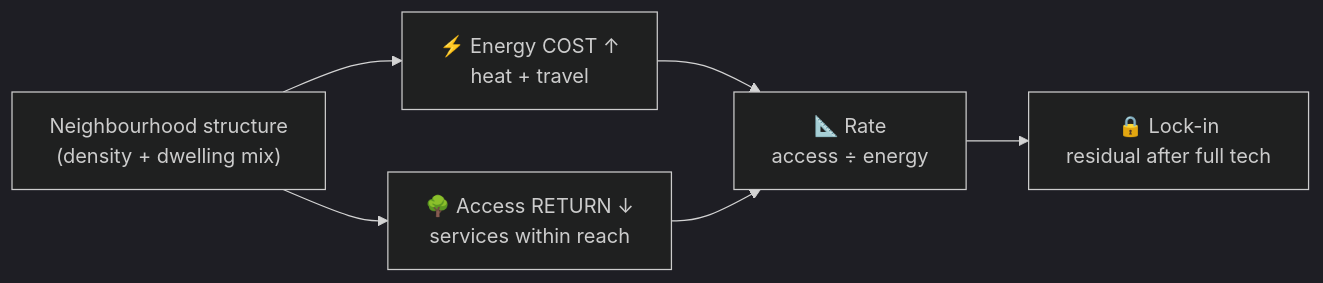
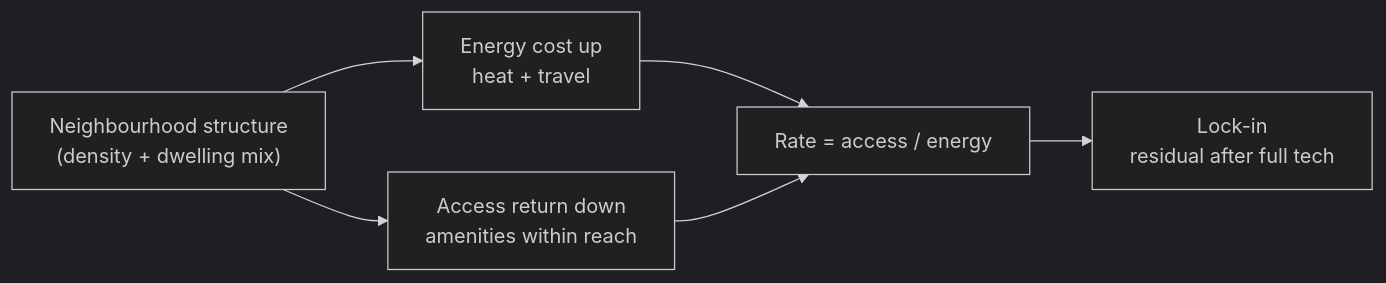
The diagram in paper/argument.md (UCL/urban-energy), drawn with Mermaid (dark theme) before and after one commit. The commit also changed other lines of this file and 12 other files, not shown here.

````diff
--- a/paper/argument.md
+++ b/paper/argument.md
@@ -49,11 +37,11 @@
 ```mermaid
 flowchart LR
   S["Neighbourhood structure<br/>(density + dwelling mix)"]
-  C["⚡ Energy COST ↑<br/>heat + travel"]
-  R["🌳 Access RETURN ↓<br/>services within reach"]
-  Rate["📐 Rate<br/>access ÷ energy"]
-  Lock["🔒 Lock-in<br/>residual after full tech"]
+  C["Energy cost up<br/>heat + travel"]
+  R["Access return down<br/>amenities within reach"]
+  Rate["Rate = access / energy"]
+  Lock["Lock-in<br/>residual after full tech"]
   S --> C --> Rate
   S --> R --> Rate
   Rate --> Lock
 ```
````
